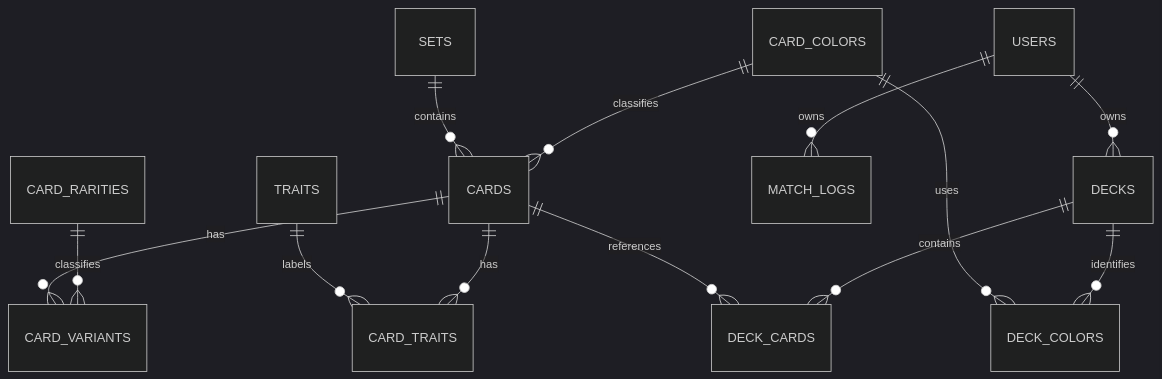
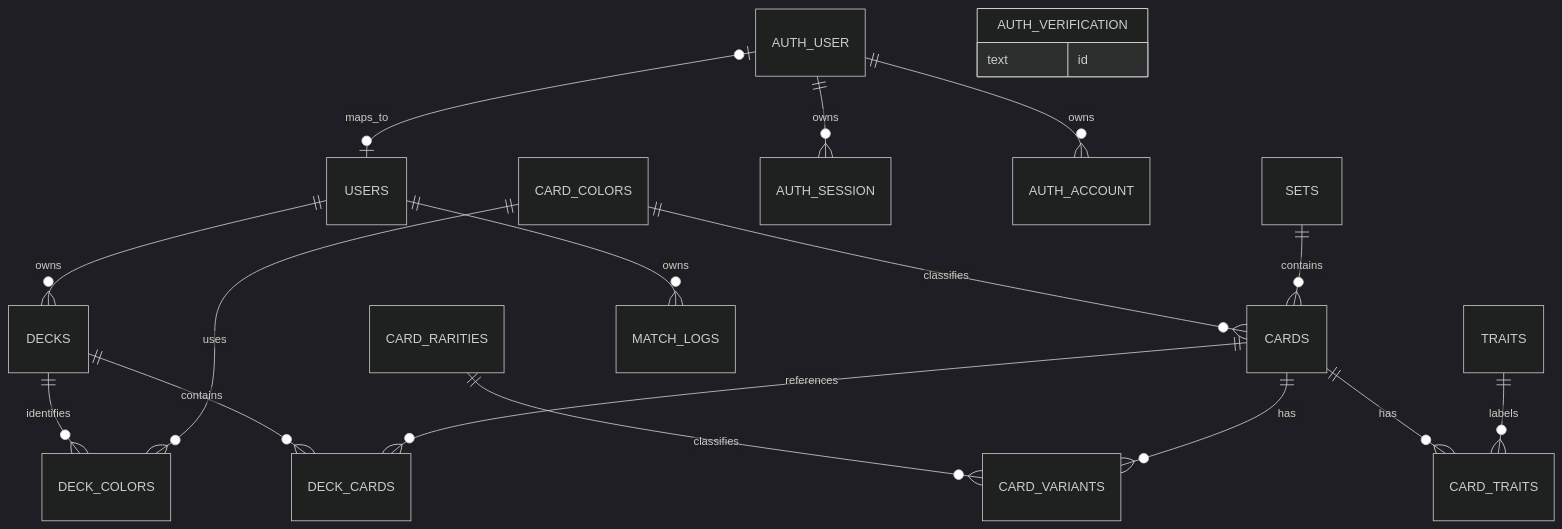
Before and after one commit to izzanpm/mhrdex: the diagram in ERD.MD, drawn with Mermaid (dark theme). The commit also changed other lines of this file and 159 other files, not shown here.

````diff
--- a/ERD.MD
+++ b/ERD.MD
@@ -19,15 +19,21 @@
 ```mermaid
 erDiagram
   CARD_COLORS ||--o{ CARDS : classifies
   CARD_RARITIES ||--o{ CARD_VARIANTS : classifies
   SETS ||--o{ CARDS : contains
   CARDS ||--o{ CARD_VARIANTS : has
   CARDS ||--o{ CARD_TRAITS : has
   TRAITS ||--o{ CARD_TRAITS : labels
+  AUTH_USER ||--o{ AUTH_SESSION : owns
+  AUTH_USER ||--o{ AUTH_ACCOUNT : owns
+  AUTH_USER o|--o| USERS : maps_to
+  AUTH_VERIFICATION {
+    text id
+  }
   USERS ||--o{ MATCH_LOGS : owns
   USERS ||--o{ DECKS : owns
   DECKS ||--o{ DECK_COLORS : identifies
   CARD_COLORS ||--o{ DECK_COLORS : uses
   DECKS ||--o{ DECK_CARDS : contains
   CARDS ||--o{ DECK_CARDS : references
 ```
````
